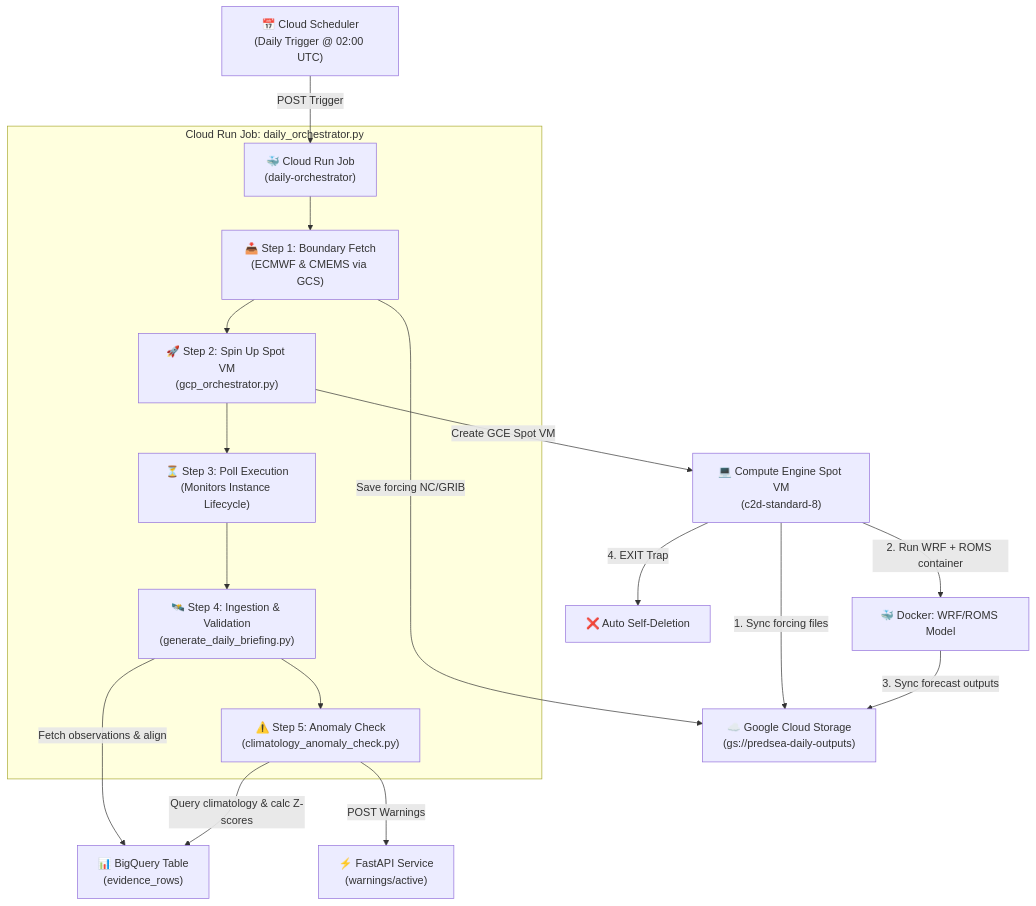
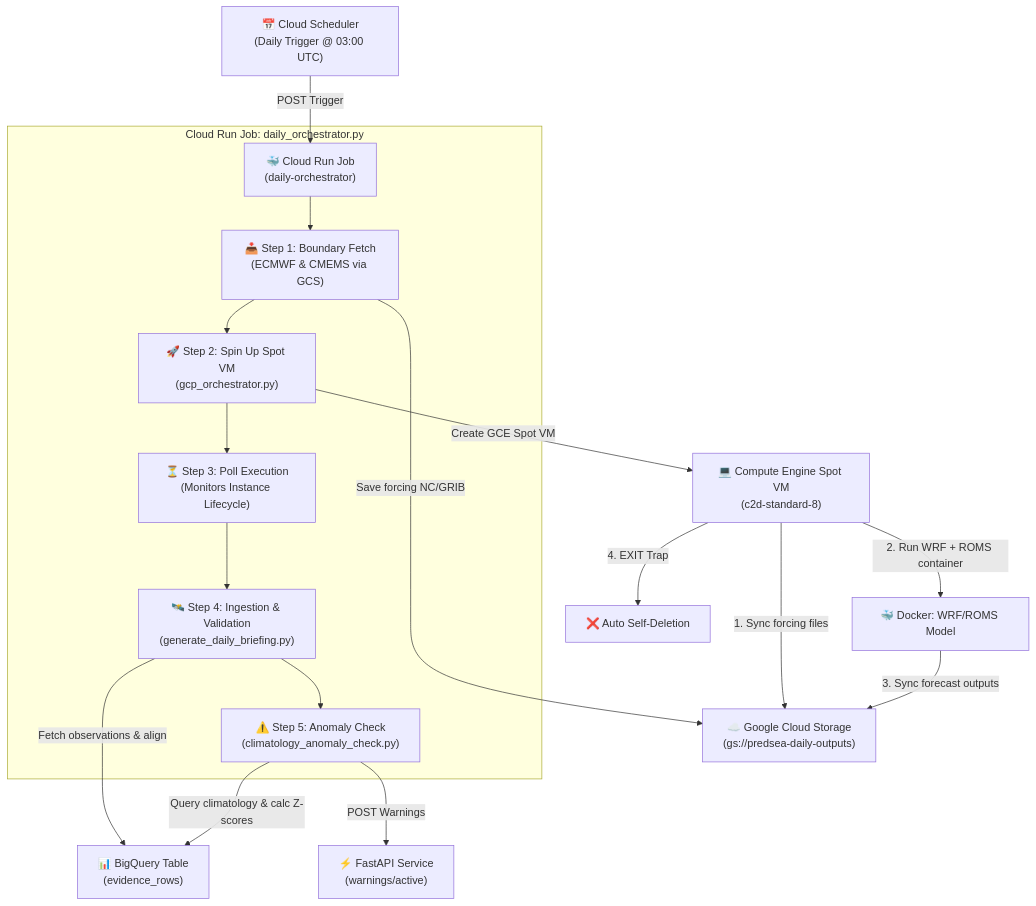
Before and after one commit to kultrip/predsea-system: the diagram in gcp-predsea-documentation.md, drawn with Mermaid. The commit also changed other lines of this file and 190 other files, not shown here.

````diff
--- a/gcp-predsea-documentation.md
+++ b/gcp-predsea-documentation.md
@@ -11,27 +11,27 @@
 ```mermaid
 graph TD
     %% Trigger
-    Scheduler["📅 Cloud Scheduler<br/>(Daily Trigger @ 02:00 UTC)"] -->|POST Trigger| RunJob["🐳 Cloud Run Job<br/>(daily-orchestrator)"]
+    Scheduler["📅 Cloud Scheduler<br/>(Daily Trigger @ 03:00 UTC)"] -->|POST Trigger| RunJob["🐳 Cloud Run Job<br/>(daily-orchestrator)"]
 
     %% Orchestrator Steps
     subgraph Cloud Run Job: daily_orchestrator.py
         RunJob --> Step1["📥 Step 1: Boundary Fetch<br/>(ECMWF & CMEMS via GCS)"]
         Step1 --> Step2["🚀 Step 2: Spin Up Spot VM<br/>(gcp_orchestrator.py)"]
         Step2 --> Step3["⏳ Step 3: Poll Execution<br/>(Monitors Instance Lifecycle)"]
         Step3 --> Step4["🛰️ Step 4: Ingestion & Validation<br/>(generate_daily_briefing.py)"]
         Step4 --> Step5["⚠️ Step 5: Anomaly Check<br/>(climatology_anomaly_check.py)"]
     end
 
     %% Storage & Compute Interactions
     Step1 -->|Save forcing NC/GRIB| GCS["☁️ Google Cloud Storage<br/>(gs://predsea-daily-outputs)"]
     Step2 -->|Create GCE Spot VM| GCE["💻 Compute Engine Spot VM<br/>(c2d-standard-8)"]
     GCE -->|1. Sync forcing files| GCS
     GCE -->|2. Run WRF + ROMS container| WRF["🐳 Docker: WRF/ROMS Model"]
     WRF -->|3. Sync forecast outputs| GCS
     GCE -->|4. EXIT Trap| SelfDelete["❌ Auto Self-Deletion"]
 
     %% Data Analytics & Warnings
     Step4 -->|Fetch observations & align| BQ["📊 BigQuery Table<br/>(evidence_rows)"]
     Step5 -->|Query climatology & calc Z-scores| BQ
     Step5 -->|POST Warnings| API["⚡ FastAPI Service<br/>(warnings/active)"]
 ```
````
